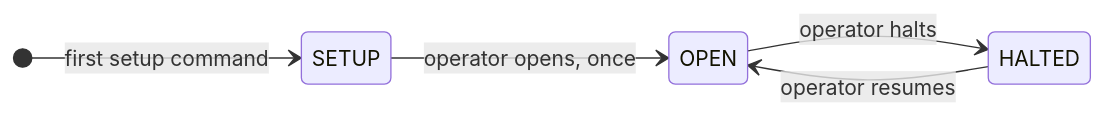
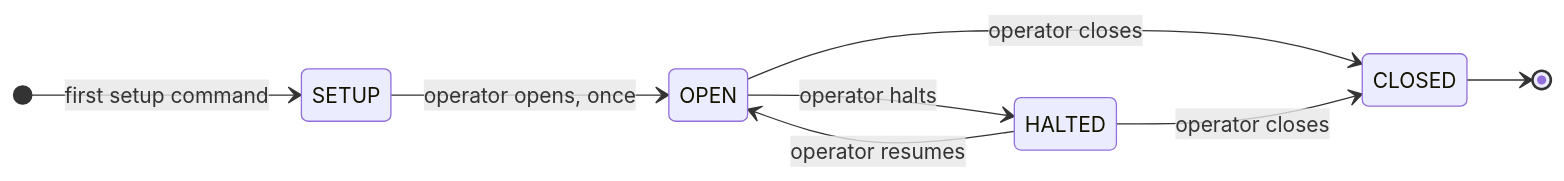
One commit to Princz-Mia/mini-stock-exchange changed the sixth of 9 diagrams in docs/architecture.md. Above: the diagram before and after it, drawn with Mermaid. The commit also changed other lines of this file and 2 other files, not shown here.

````diff
--- a/docs/architecture.md
+++ b/docs/architecture.md
@@ -135,8 +135,11 @@
 ```mermaid
 stateDiagram-v2
   direction LR
   [*] --> SETUP: first setup command
   SETUP --> OPEN: operator opens, once
   OPEN --> HALTED: operator halts
   HALTED --> OPEN: operator resumes
+  OPEN --> CLOSED: operator closes
+  HALTED --> CLOSED: operator closes
+  CLOSED --> [*]
 ```
````
